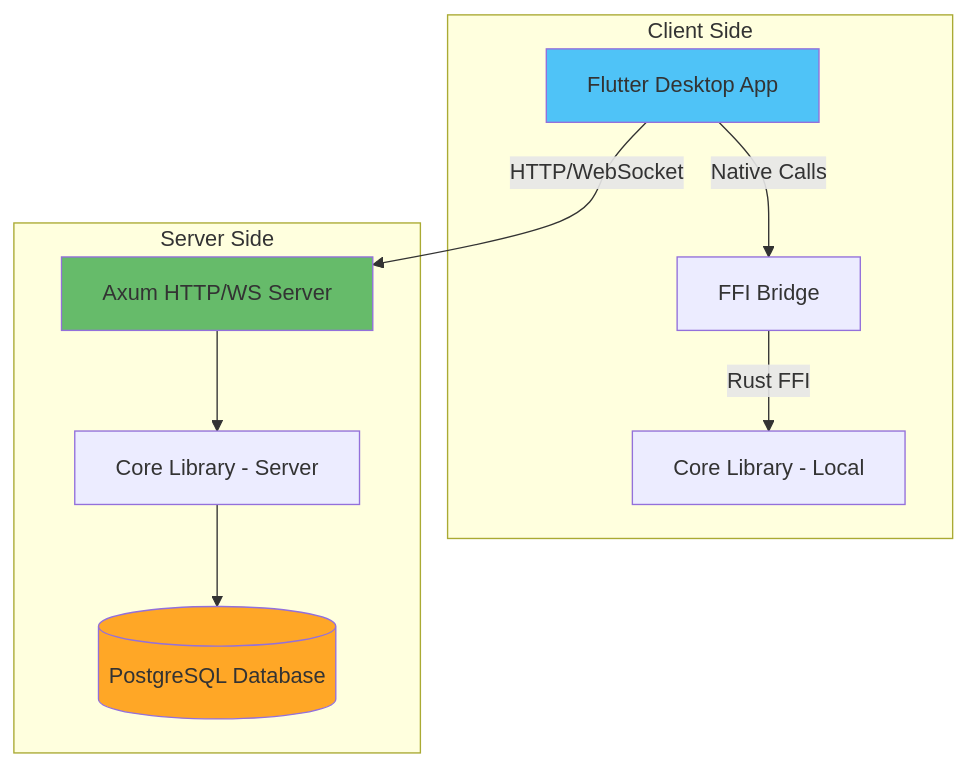
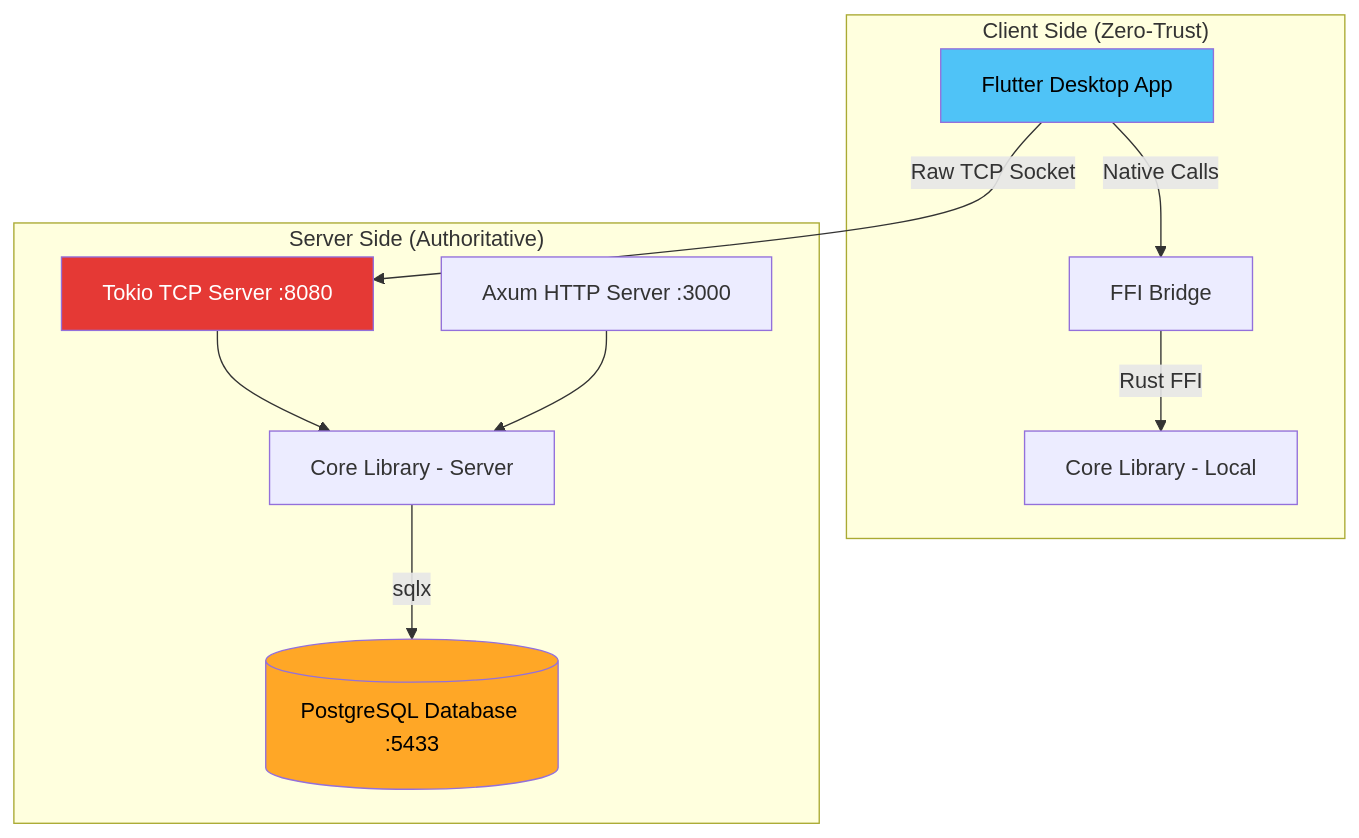
The first of 2 diagrams in docs/ARCHITECTURE.md (we9d/areyoughost), drawn with Mermaid before and after one commit. The commit also changed other lines of this file and 20 other files, not shown here.

````diff
--- a/docs/ARCHITECTURE.md
+++ b/docs/ARCHITECTURE.md
@@ -9,24 +9,26 @@
 ```mermaid
 graph TB
-    subgraph "Client Side"
+    subgraph "Client Side (Zero-Trust)"
         Flutter[Flutter Desktop App]
         FFI[FFI Bridge]
         LocalCore[Core Library - Local]
     end
     
-    subgraph "Server Side"
-        Server[Axum HTTP/WS Server]
+    subgraph "Server Side (Authoritative)"
+        TCP[Tokio TCP Server :8080]
+        HTTP[Axum HTTP Server :3000]
         ServerCore[Core Library - Server]
-        DB[(PostgreSQL Database)]
+        DB[(PostgreSQL Database :5433)]
     end
     
     Flutter -->|Native Calls| FFI
     FFI -->|Rust FFI| LocalCore
-    Flutter -->|HTTP/WebSocket| Server
-    Server --> ServerCore
-    ServerCore --> DB
+    Flutter -->|Raw TCP Socket| TCP
+    TCP --> ServerCore
+    HTTP --> ServerCore
+    ServerCore -->|sqlx| DB
     
-    style Flutter fill:#4FC3F7
-    style Server fill:#66BB6A
-    style DB fill:#FFA726
+    style Flutter fill:#4FC3F7,color:#000
+    style TCP fill:#E53935,color:#fff
+    style DB fill:#FFA726,color:#000
 ```
````
